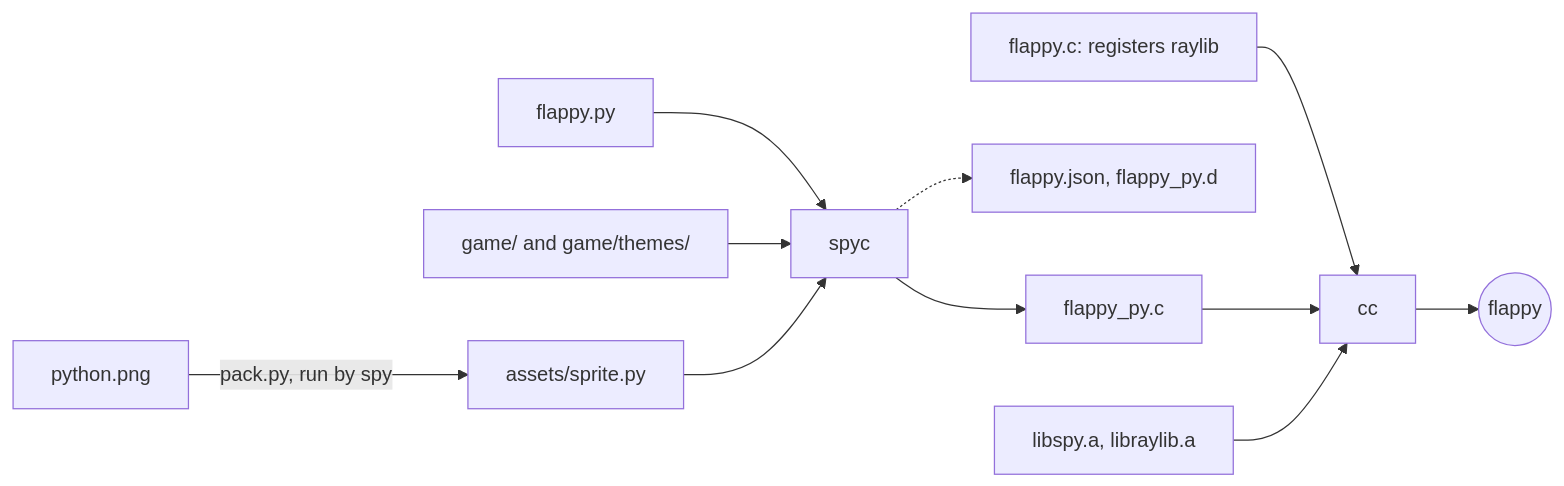
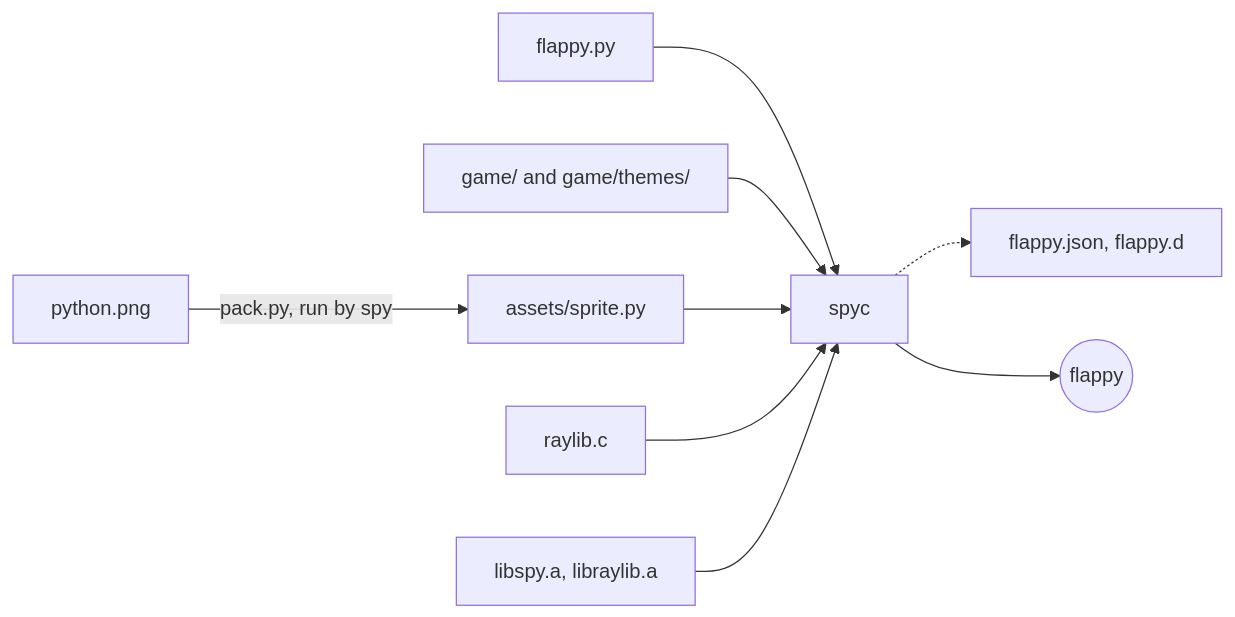
The diagram in examples/flappy/README.md (soasme/small-python), drawn with Mermaid before and after one commit. The commit also changed other lines of this file and 13 other files, not shown here.

First line of the commit message:
spyc compiles C modules in: pong and flappy build in one command

````diff
--- a/examples/flappy/README.md
+++ b/examples/flappy/README.md
@@ -28,13 +29,11 @@
 ```mermaid
 flowchart LR
     png[python.png] -- "pack.py, run by spy" --> sprite[assets/sprite.py]
     entry[flappy.py] --> spyc
     game["game/ and game/themes/"] --> spyc
     sprite --> spyc
-    spyc --> bundle[flappy_py.c]
-    spyc -.-> meta["flappy.json, flappy_py.d"]
-    host["flappy.c: registers raylib"] --> cc
-    bundle --> cc
-    libs["libspy.a, libraylib.a"] --> cc
-    cc --> exe((flappy))
+    module["raylib.c"] --> spyc
+    libs["libspy.a, libraylib.a"] --> spyc
+    spyc -.-> meta["flappy.json, flappy.d"]
+    spyc --> exe((flappy))
 ```
````
